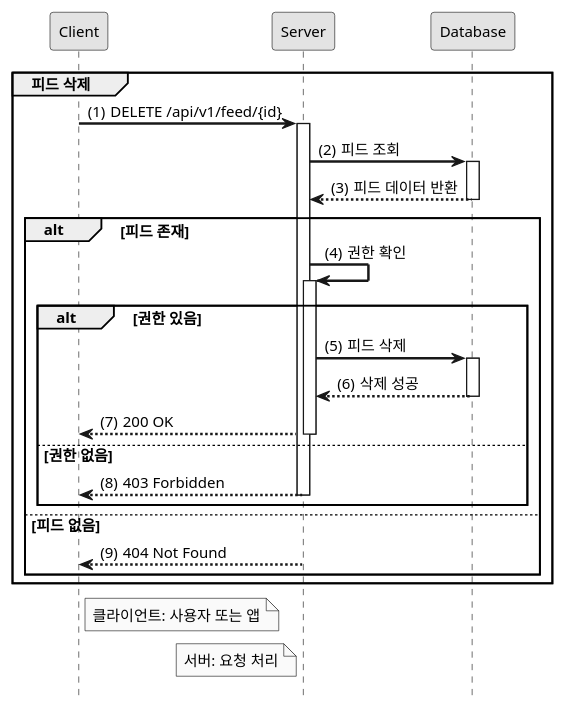
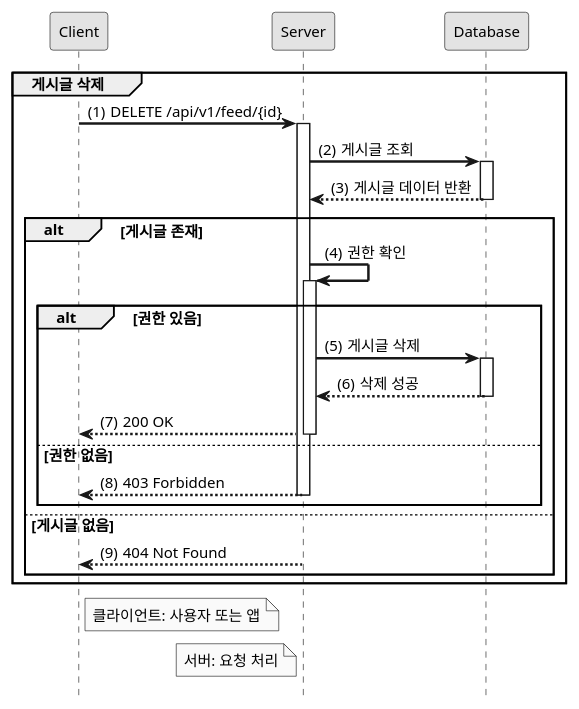
The diagram in sequence/deleteFeed.puml (sumin220/SpringBoot_MemberBoard), drawn with PlantUML before and after one commit. The commit also changed 7 other files, not shown here.

```diff
--- a/sequence/deleteFeed.puml
+++ b/sequence/deleteFeed.puml
@@ -1,39 +1,39 @@
 @startuml
 
 hide footbox
 autoactivate on
 
 ' 스타일 설정
 skinparam monochrome true
 skinparam shadowing false
 skinparam defaultFontSize 12
 skinparam defaultFontName Arial
 skinparam sequenceArrowThickness 2
 
 participant "Client" as C
 participant "Server" as S
 participant "Database" as DB
 
-group 피드 삭제
+group 게시글 삭제
     autonumber 1 "(0)"
     C -> S: DELETE /api/v1/feed/{id}
-    S -> DB: 피드 조회
-    DB --> S: 피드 데이터 반환
-    alt 피드 존재
+    S -> DB: 게시글 조회
+    DB --> S: 게시글 데이터 반환
+    alt 게시글 존재
         S -> S: 권한 확인
         alt 권한 있음
-            S -> DB: 피드 삭제
+            S -> DB: 게시글 삭제
             DB --> S: 삭제 성공
             S --> C: 200 OK
         else 권한 없음
             S --> C: 403 Forbidden
         end
-    else 피드 없음
+    else 게시글 없음
         S --> C: 404 Not Found
     end
 end
 
 note right of C: 클라이언트: 사용자 또는 앱
 note left of S: 서버: 요청 처리
 
 @enduml
```
